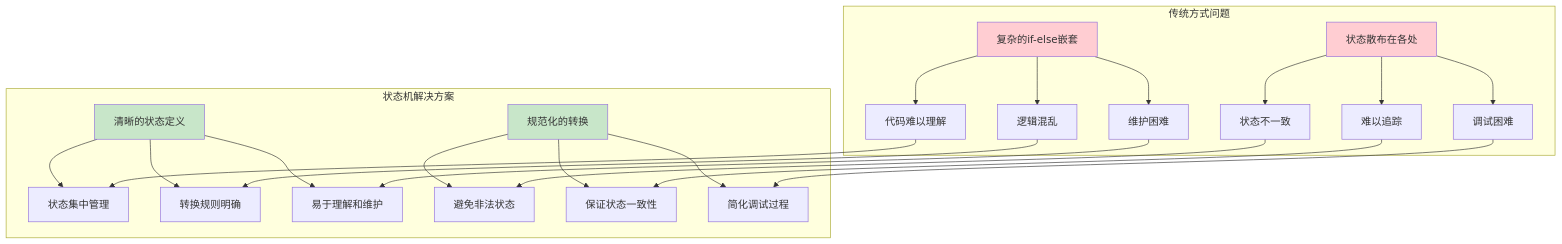
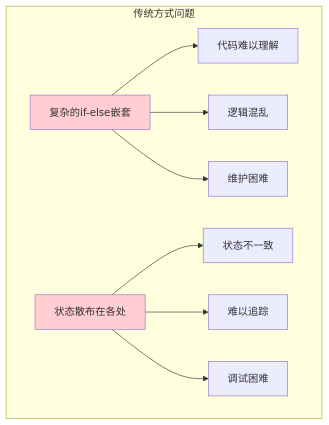
One commit to chongyang211/YCBookBlog changed the fifth of 28 diagrams in 00.通用技术的提升/03.方案设计思想/01.状态机设计的思想.md. Above: the diagram before and after it, drawn with Mermaid. The commit also changed other lines of this file and 2 other files, not shown here.

Commit message:
复杂性管理问题

````diff
--- a/00.通用技术的提升/03.方案设计思想/01.状态机设计的思想.md
+++ b/00.通用技术的提升/03.方案设计思想/01.状态机设计的思想.md
@@ -1088,34 +1090,15 @@
 ```mermaid
 graph TD
     subgraph "传统方式问题"
         A[复杂的if-else嵌套] --> A1[代码难以理解]
         A --> A2[逻辑混乱]
         A --> A3[维护困难]
         
         B[状态散布在各处] --> B1[状态不一致]
         B --> B2[难以追踪]
         B --> B3[调试困难]
     end
     
-    subgraph "状态机解决方案"
-        C[清晰的状态定义] --> C1[状态集中管理]
-        C --> C2[转换规则明确]
-        C --> C3[易于理解和维护]
-        
-        D[规范化的转换] --> D1[避免非法状态]
-        D --> D2[保证状态一致性]
-        D --> D3[简化调试过程]
-    end
-    
-    A1 --> C1
-    A2 --> C2
-    A3 --> C3
-    B1 --> D1
-    B2 --> D2
-    B3 --> D3
-    
     style A fill:#ffcdd2
     style B fill:#ffcdd2
-    style C fill:#c8e6c9
-    style D fill:#c8e6c9
 ```
````
